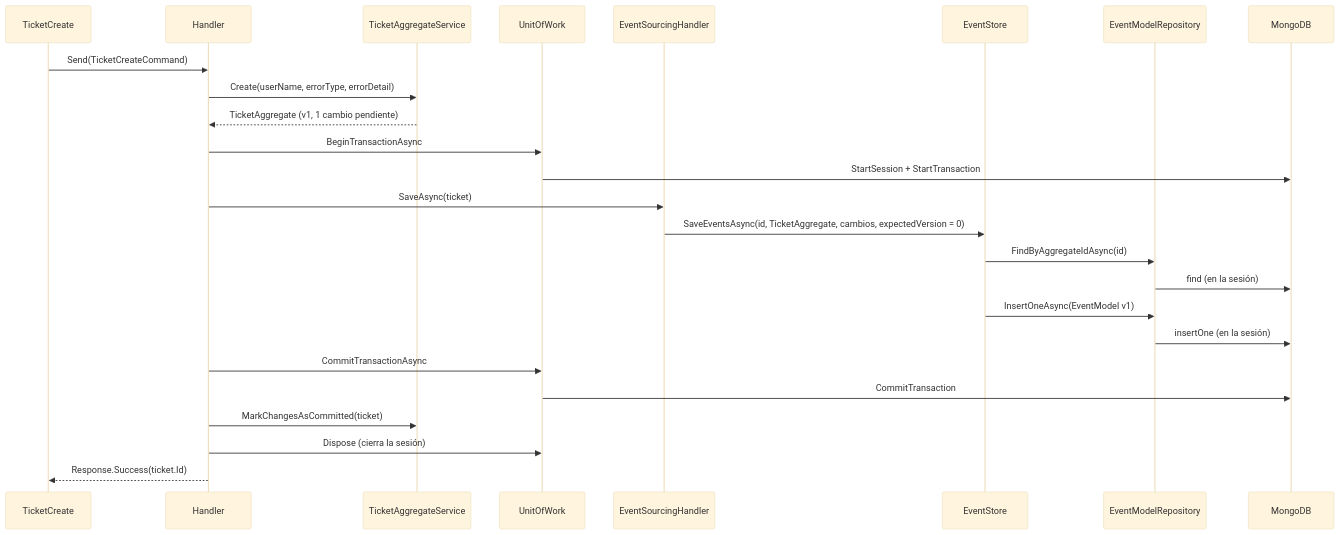
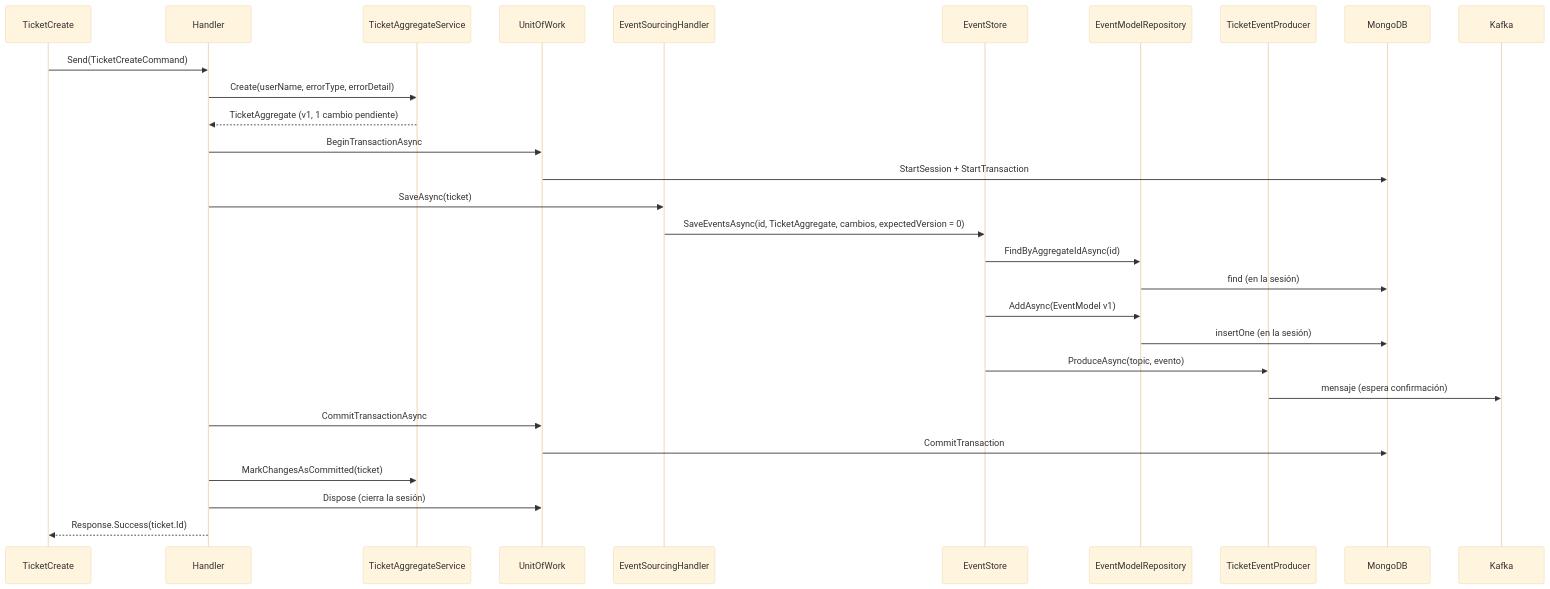
Before and after one commit to rubendevvalencia/BackendPortfolio: the third of 3 diagrams in Microservices-Events/docs/arquitectura.md, drawn with Mermaid (base theme). The commit also changed other lines of this file and 8 other files, not shown here.

````diff
--- a/Microservices-Events/docs/arquitectura.md
+++ b/Microservices-Events/docs/arquitectura.md
@@ -237,27 +267,31 @@
 ```mermaid
 sequenceDiagram
     participant C as TicketCreate
     participant H as Handler
     participant S as TicketAggregateService
     participant U as UnitOfWork
     participant E as EventSourcingHandler
     participant ES as EventStore
     participant R as EventModelRepository
+    participant P as TicketEventProducer
     participant M as MongoDB
+    participant K as Kafka
     C->>H: Send(TicketCreateCommand)
     H->>S: Create(userName, errorType, errorDetail)
     S-->>H: TicketAggregate (v1, 1 cambio pendiente)
     H->>U: BeginTransactionAsync
     U->>M: StartSession + StartTransaction
     H->>E: SaveAsync(ticket)
     E->>ES: SaveEventsAsync(id, TicketAggregate, cambios, expectedVersion = 0)
     ES->>R: FindByAggregateIdAsync(id)
     R->>M: find (en la sesión)
-    ES->>R: InsertOneAsync(EventModel v1)
+    ES->>R: AddAsync(EventModel v1)
     R->>M: insertOne (en la sesión)
+    ES->>P: ProduceAsync(topic, evento)
+    P->>K: mensaje (espera confirmación)
     H->>U: CommitTransactionAsync
     U->>M: CommitTransaction
     H->>S: MarkChangesAsCommitted(ticket)
     H->>U: Dispose (cierra la sesión)
     H-->>C: Response.Success(ticket.Id)
 ```
````
